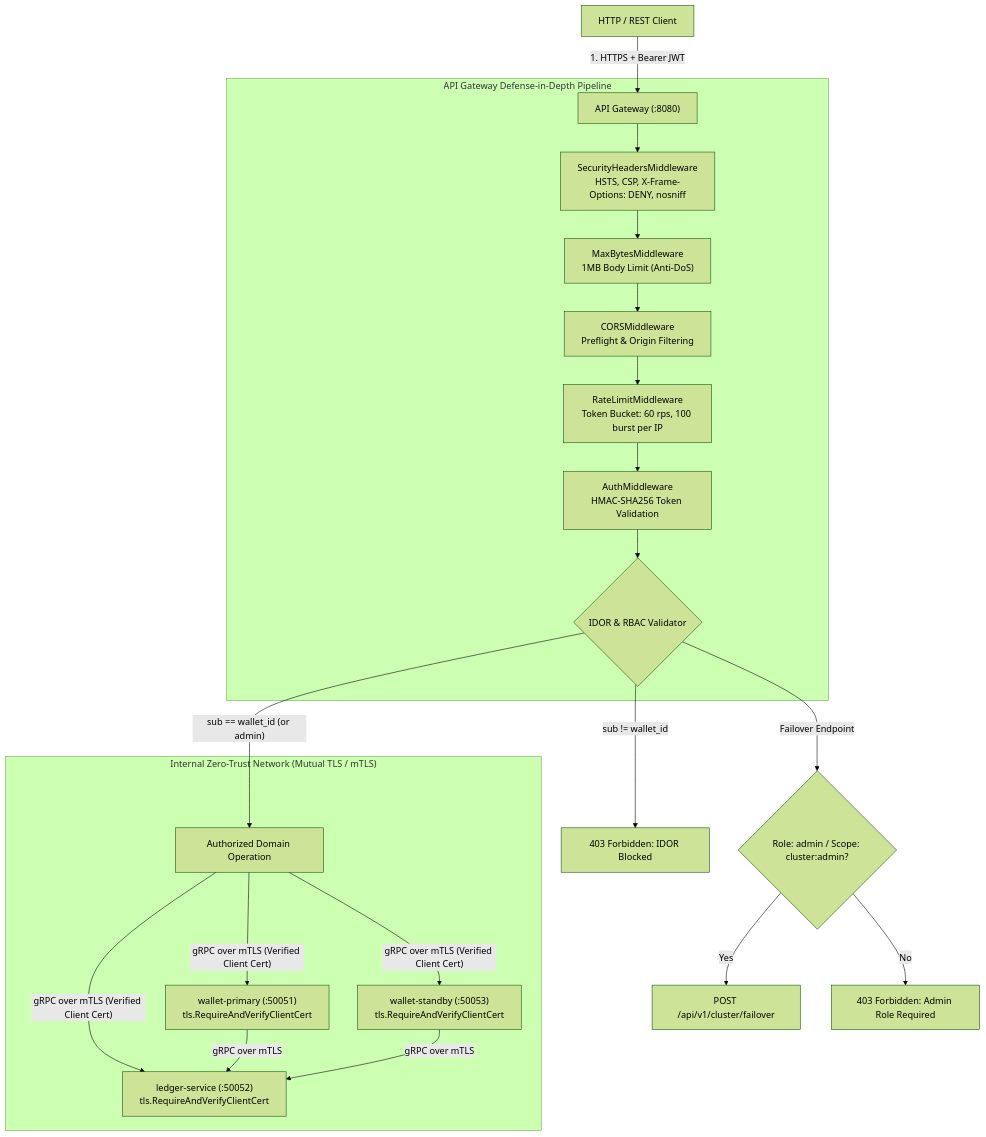
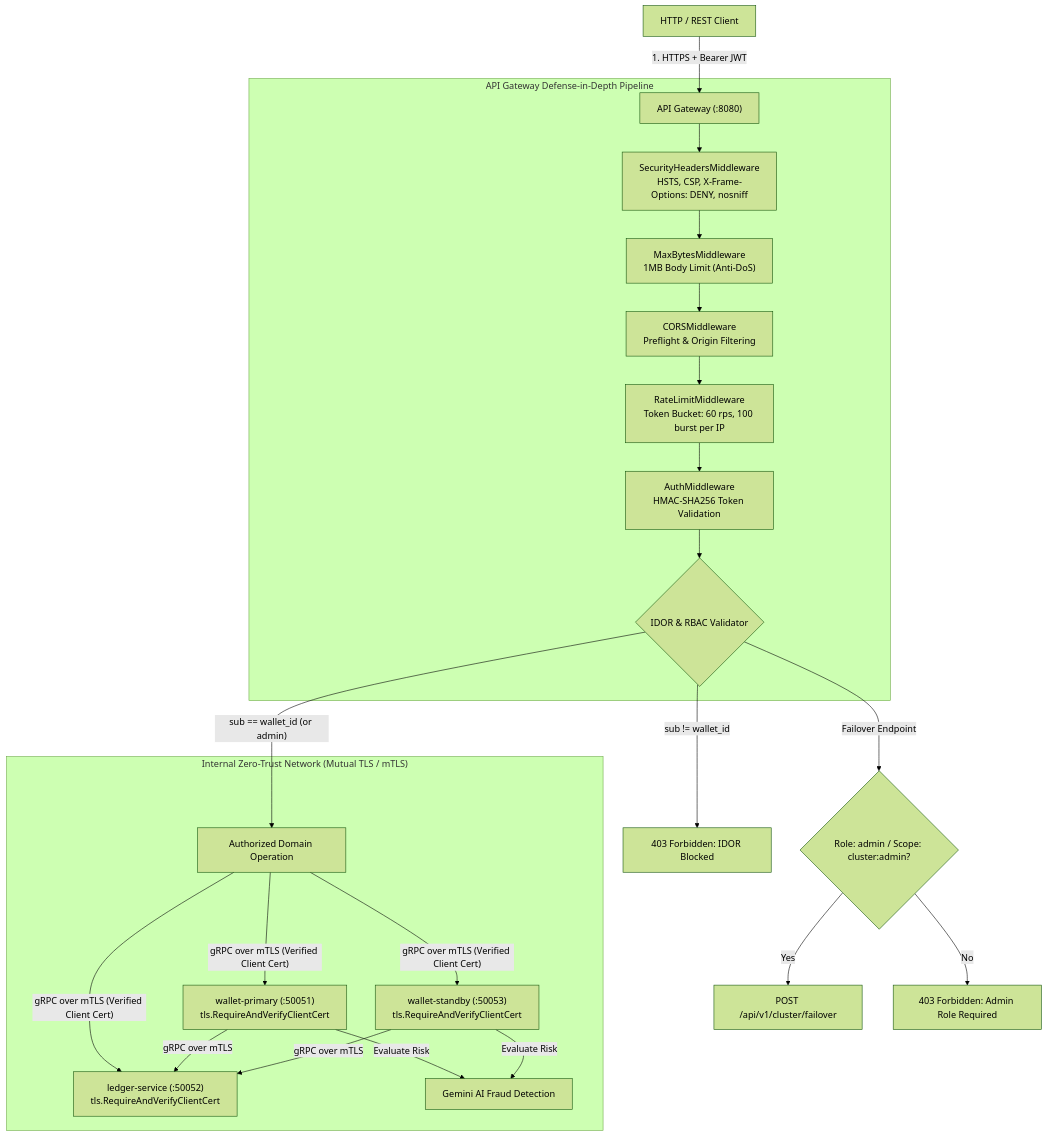
The fifth of 7 diagrams in README.md (bkojha74/global-wallet-microservices), drawn with Mermaid (forest theme) before and after one commit. The commit also changed other lines of this file, not shown here.

Commit message:
docs: add AI nodes to mermaid diagrams and update sitemap

````diff
--- a/README.md
+++ b/README.md
@@ -363,27 +370,31 @@
 ```mermaid
 graph TD
     Client["HTTP / REST Client"] -->|"1. HTTPS + Bearer JWT"| GW["API Gateway (:8080)"]
 
     subgraph IngressDefense["API Gateway Defense-in-Depth Pipeline"]
         GW --> M1["SecurityHeadersMiddleware<br/>HSTS, CSP, X-Frame-Options: DENY, nosniff"]
         M1 --> M2["MaxBytesMiddleware<br/>1MB Body Limit (Anti-DoS)"]
         M2 --> M3["CORSMiddleware<br/>Preflight & Origin Filtering"]
         M3 --> M4["RateLimitMiddleware<br/>Token Bucket: 60 rps, 100 burst per IP"]
         M4 --> M5["AuthMiddleware<br/>HMAC-SHA256 Token Validation"]
         M5 --> M6{"IDOR & RBAC Validator"}
     end
 
     M6 -->|"sub == wallet_id (or admin)"| Allow["Authorized Domain Operation"]
     M6 -->|"sub != wallet_id"| DenyIDOR["403 Forbidden: IDOR Blocked"]
     M6 -->|"Failover Endpoint"| CheckAdmin{"Role: admin / Scope: cluster:admin?"}
     CheckAdmin -->|Yes| ExecFailover["POST /api/v1/cluster/failover"]
     CheckAdmin -->|No| DenyAdmin["403 Forbidden: Admin Role Required"]
 
     subgraph ZeroTrustMesh["Internal Zero-Trust Network (Mutual TLS / mTLS)"]
         Allow -->|"gRPC over mTLS (Verified Client Cert)"| WP["wallet-primary (:50051)<br/>tls.RequireAndVerifyClientCert"]
         Allow -->|"gRPC over mTLS (Verified Client Cert)"| WS["wallet-standby (:50053)<br/>tls.RequireAndVerifyClientCert"]
         Allow -->|"gRPC over mTLS (Verified Client Cert)"| LS["ledger-service (:50052)<br/>tls.RequireAndVerifyClientCert"]
+        
+        WP -->|"Evaluate Risk"| AI["Gemini AI Fraud Detection"]
+        WS -->|"Evaluate Risk"| AI
+        
         WP -->|"gRPC over mTLS"| LS
         WS -->|"gRPC over mTLS"| LS
     end
 ```
````
